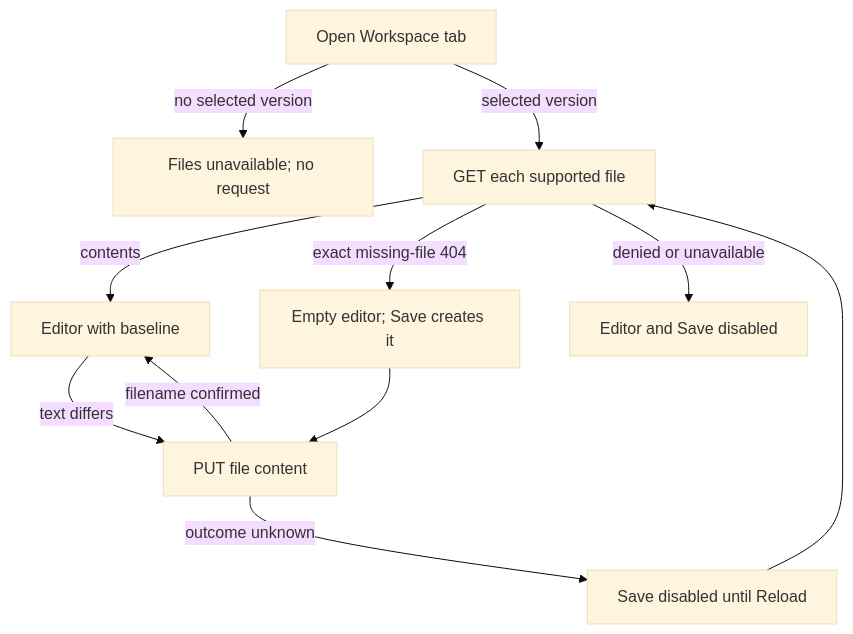
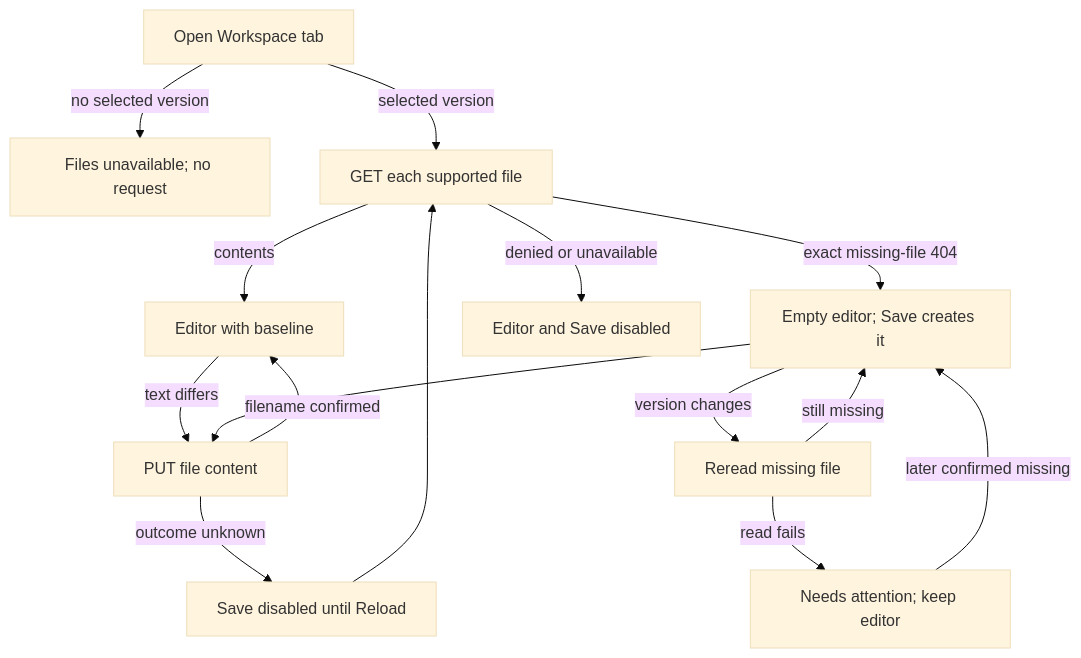
The diagram in docs/flows/platform-console/agent-workspace-files.md (derekwaynecarr/openclaw-enterprise), drawn with Mermaid (base theme) before and after one commit. The commit also changed other lines of this file and 8 other files, not shown here.

````diff
--- a/docs/flows/platform-console/agent-workspace-files.md
+++ b/docs/flows/platform-console/agent-workspace-files.md
@@ -23,13 +23,17 @@
 ```mermaid
 graph TD
   A["Open Workspace tab"] -->|no selected version| U["Files unavailable; no request"]
   A -->|selected version| R["GET each supported file"]
   R -->|contents| E["Editor with baseline"]
   R -->|exact missing-file 404| M["Empty editor; Save creates it"]
   R -->|denied or unavailable| D["Editor and Save disabled"]
   E -->|text differs| S["PUT file content"]
   M --> S
+  M -->|version changes| V["Reread missing file"]
+  V -->|still missing| M
+  V -->|read fails| F["Needs attention; keep editor"]
+  F -->|later confirmed missing| M
   S -->|filename confirmed| E
   S -->|outcome unknown| L["Save disabled until Reload"]
   L --> R
 ```
````
